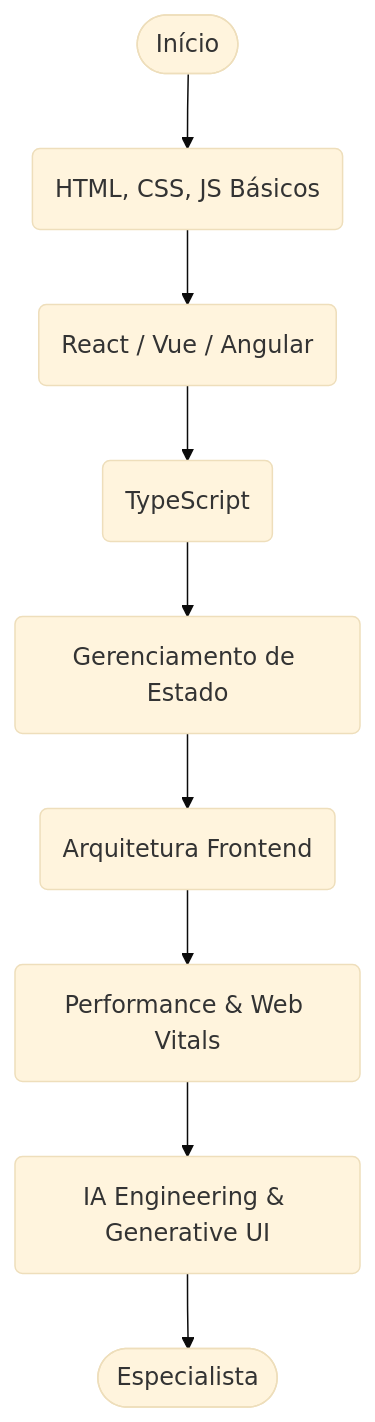
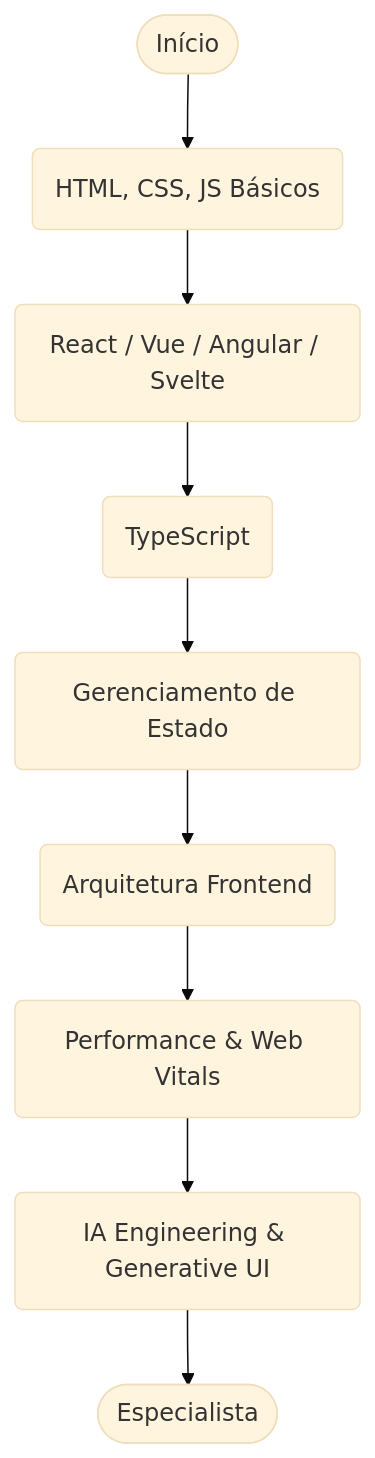
The diagram in roadmaps/frontend/frontend.md (juninmd/roadmap-developer), drawn with Mermaid (base theme) before and after one commit. The commit also changed other lines of this file and 22 other files, not shown here.

````diff
--- a/roadmaps/frontend/frontend.md
+++ b/roadmaps/frontend/frontend.md
@@ -5,11 +5,11 @@
 ```mermaid
 flowchart TD
     Start([Início]) --> HTML(HTML, CSS, JS Básicos)
-    HTML --> Framework(React / Vue / Angular)
+    HTML --> Framework(React / Vue / Angular / Svelte)
     Framework --> TypeScript(TypeScript)
     TypeScript --> State(Gerenciamento de Estado)
     State --> Arch(Arquitetura Frontend)
     Arch --> Perf(Performance & Web Vitals)
     Perf --> AI(IA Engineering & Generative UI)
     AI --> Spec([Especialista])
 ```
````
